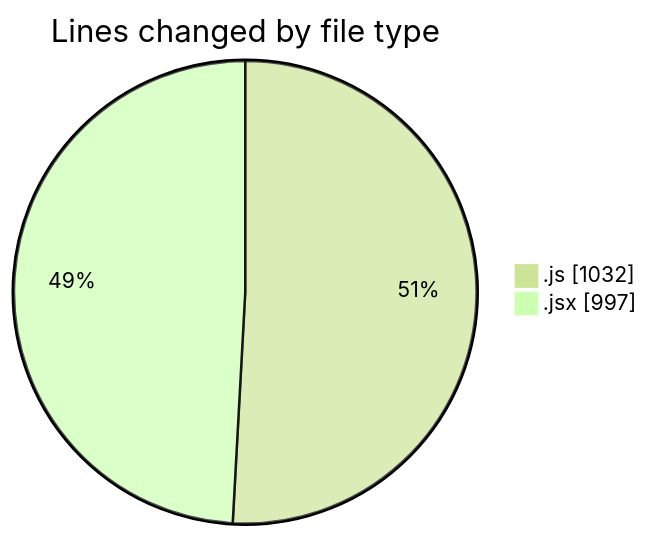
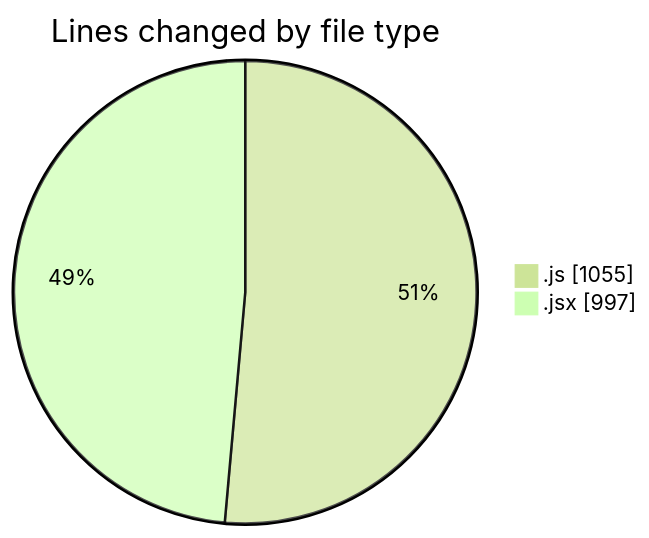
Before and after one commit to nxtqubesakshisongat/code-tracking: the first of 2 diagrams in 2025-04-08/nxtqube_webapp/README.md, drawn with Mermaid (forest theme). The commit also changed other lines of this file and 1 other file, not shown here.

````diff
--- a/2025-04-08/nxtqube_webapp/README.md
+++ b/2025-04-08/nxtqube_webapp/README.md
@@ -24,6 +24,6 @@
 ```mermaid
 pie showData
 title Lines changed by file type
-".js" : 1032
+".js" : 1055
 ".jsx" : 997
 ```
````
